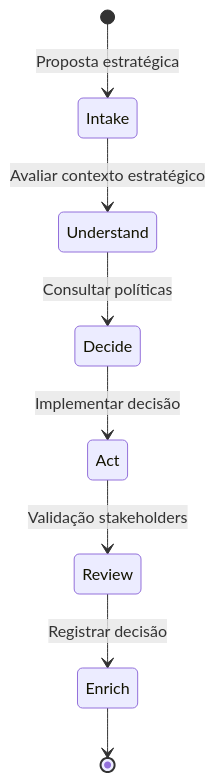
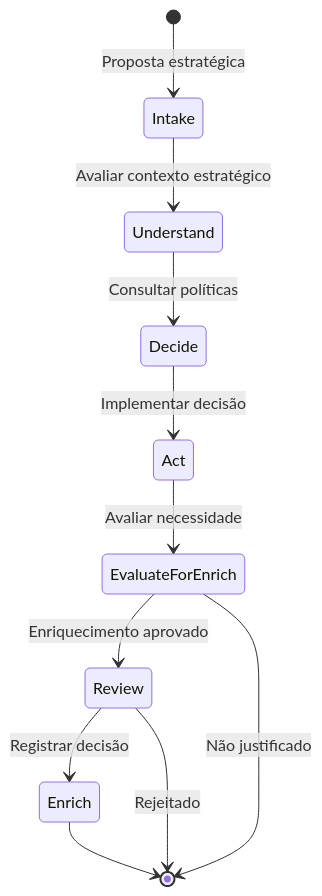
Before and after one commit to netomantonio/matrix-protocol: the fourth of 14 diagrams in ZWF_ZION_WORKFLOW_FRAMEWORK.md, drawn with Mermaid. The commit also changed other lines of this file, not shown here.

````diff
--- a/ZWF_ZION_WORKFLOW_FRAMEWORK.md
+++ b/ZWF_ZION_WORKFLOW_FRAMEWORK.md
@@ -750,10 +1015,13 @@
 ```mermaid
 stateDiagram-v2
     [*] --> Intake: Proposta estratégica
     Intake --> Understand: Avaliar contexto estratégico
     Understand --> Decide: Consultar políticas
     Decide --> Act: Implementar decisão
-    Act --> Review: Validação stakeholders
+    Act --> EvaluateForEnrich: Avaliar necessidade
+    EvaluateForEnrich --> Review: Enriquecimento aprovado
     Review --> Enrich: Registrar decisão
+    Review --> [*]: Rejeitado
+    EvaluateForEnrich --> [*]: Não justificado
     Enrich --> [*]
 ```
````
